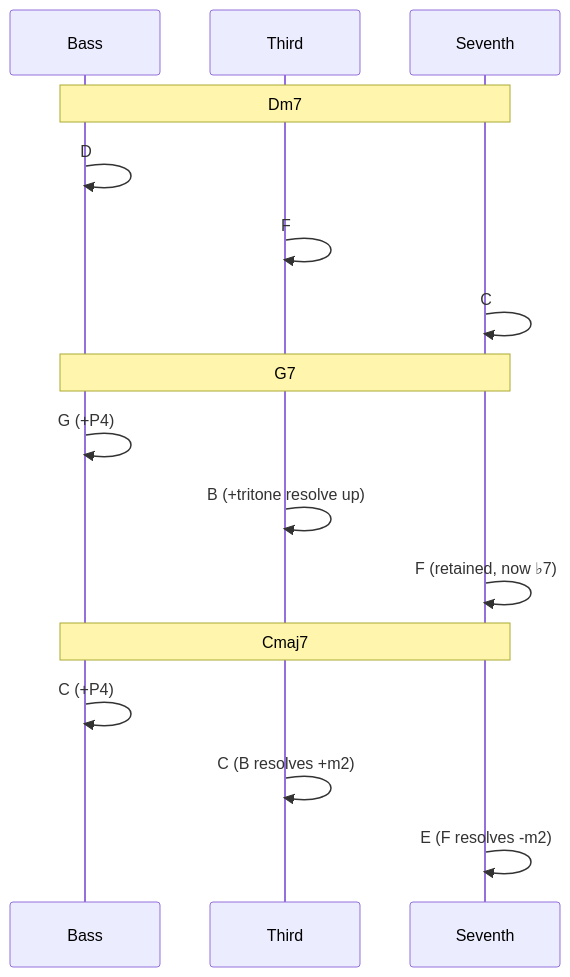
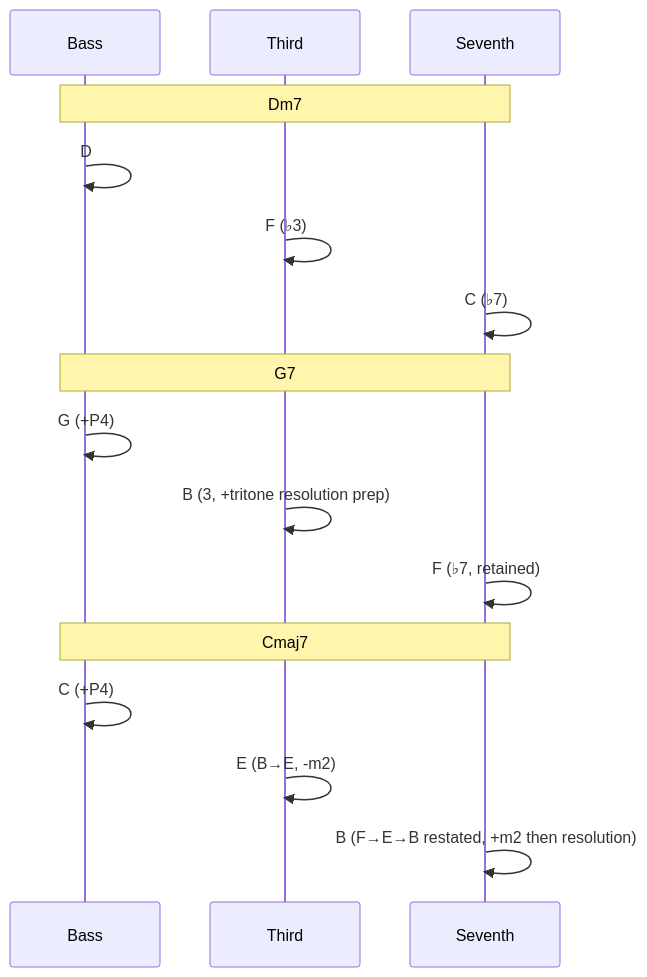
The third of 6 diagrams in topics/arts/composition/jazz_harmony/lesson_03_improvisation_techniques.md (blebleblee/synapse), drawn with Mermaid before and after one commit. The commit also changed other lines of this file and 4 other files, not shown here.

````diff
--- a/topics/arts/composition/jazz_harmony/lesson_03_improvisation_techniques.md
+++ b/topics/arts/composition/jazz_harmony/lesson_03_improvisation_techniques.md
@@ -170,21 +194,21 @@
 ```mermaid
 sequenceDiagram
     participant Bass
     participant Third
     participant Seventh
 
     Note over Bass,Seventh: Dm7
     Bass->>Bass: D
-    Third->>Third: F
-    Seventh->>Seventh: C
+    Third->>Third: F (♭3)
+    Seventh->>Seventh: C (♭7)
 
     Note over Bass,Seventh: G7
-    Bass->>Bass: G  (+P4)
-    Third->>Third: B  (+tritone resolve up)
-    Seventh->>Seventh: F  (retained, now ♭7)
+    Bass->>Bass: G (+P4)
+    Third->>Third: B (3, +tritone resolution prep)
+    Seventh->>Seventh: F (♭7, retained)
 
     Note over Bass,Seventh: Cmaj7
-    Bass->>Bass: C  (+P4)
-    Third->>Third: C  (B resolves +m2)
-    Seventh->>Seventh: E  (F resolves -m2)
+    Bass->>Bass: C (+P4)
+    Third->>Third: E (B→E, -m2)
+    Seventh->>Seventh: B (F→E→B restated, +m2 then resolution)
 ```
````
